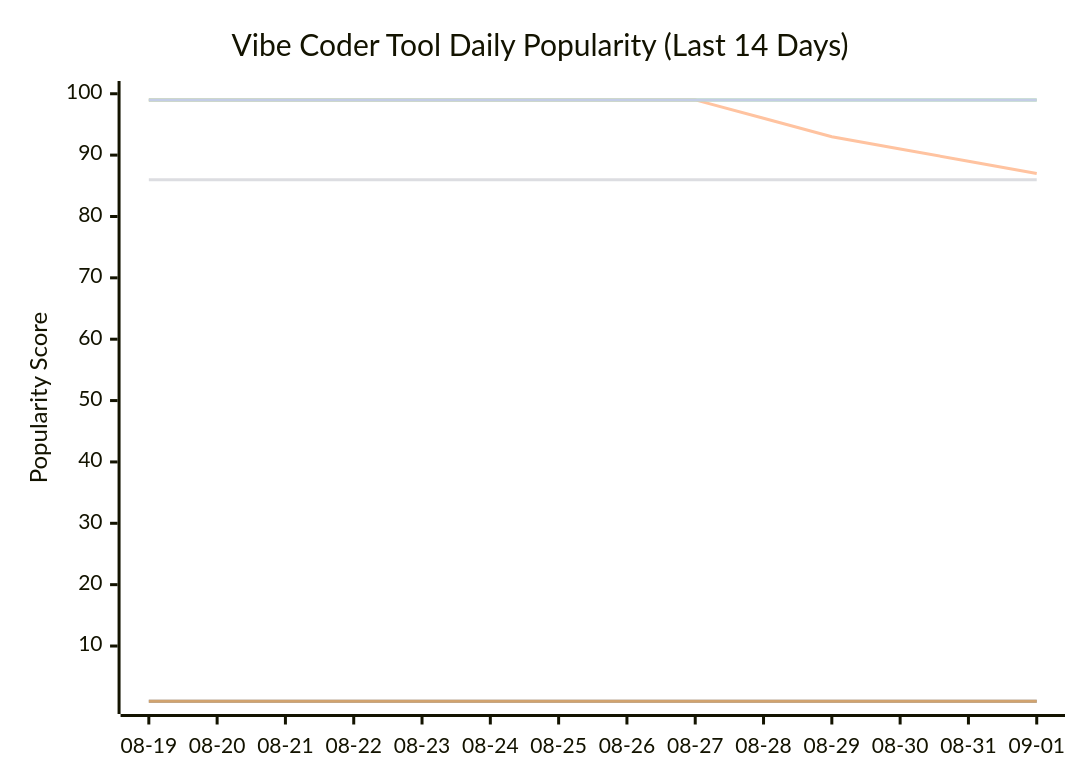
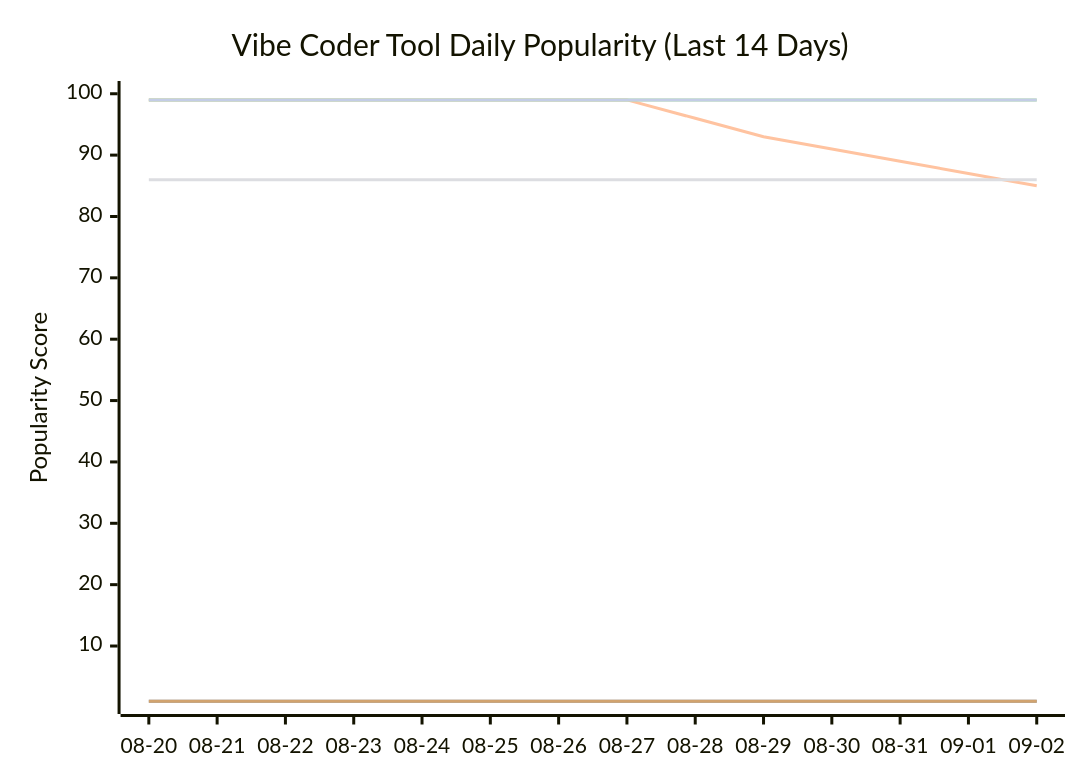
One commit to tykimos/ai-whatchelin changed the seventh of 11 diagrams in README.md. Above: the diagram before and after it, drawn with Mermaid. The commit also changed other lines of this file and 4 other files, not shown here.

````diff
--- a/README.md
+++ b/README.md
@@ -2375,13 +2388,13 @@
 ```mermaid
 xychart-beta
     title "Vibe Coder Tool Daily Popularity (Last 14 Days)"
-    x-axis ["08-19", "08-20", "08-21", "08-22", "08-23", "08-24", "08-25", "08-26", "08-27", "08-28", "08-29", "08-30", "08-31", "09-01"]
+    x-axis ["08-20", "08-21", "08-22", "08-23", "08-24", "08-25", "08-26", "08-27", "08-28", "08-29", "08-30", "08-31", "09-01", "09-02"]
     y-axis "Popularity Score" 1 --> 100
     line "Claude Code" [99, 99, 99, 99, 99, 99, 99, 99, 99, 99, 99, 99, 99, 99]
     line "GH Copilot" [1, 1, 1, 1, 1, 1, 1, 1, 1, 1, 1, 1, 1, 1]
-    line "Cursor" [99, 99, 99, 99, 99, 99, 99, 99, 99, 96, 93, 91, 89, 87]
+    line "Cursor" [99, 99, 99, 99, 99, 99, 99, 99, 96, 93, 91, 89, 87, 85]
     line "Windsurf" [86, 86, 86, 86, 86, 86, 86, 86, 86, 86, 86, 86, 86, 86]
     line "Codex CLI" [99, 99, 99, 99, 99, 99, 99, 99, 99, 99, 99, 99, 99, 99]
     line "Gemini CLI" [1, 1, 1, 1, 1, 1, 1, 1, 1, 1, 1, 1, 1, 1]
     line "Antigravity" [99, 99, 99, 99, 99, 99, 99, 99, 99, 99, 99, 99, 99, 99]
 ```
````
